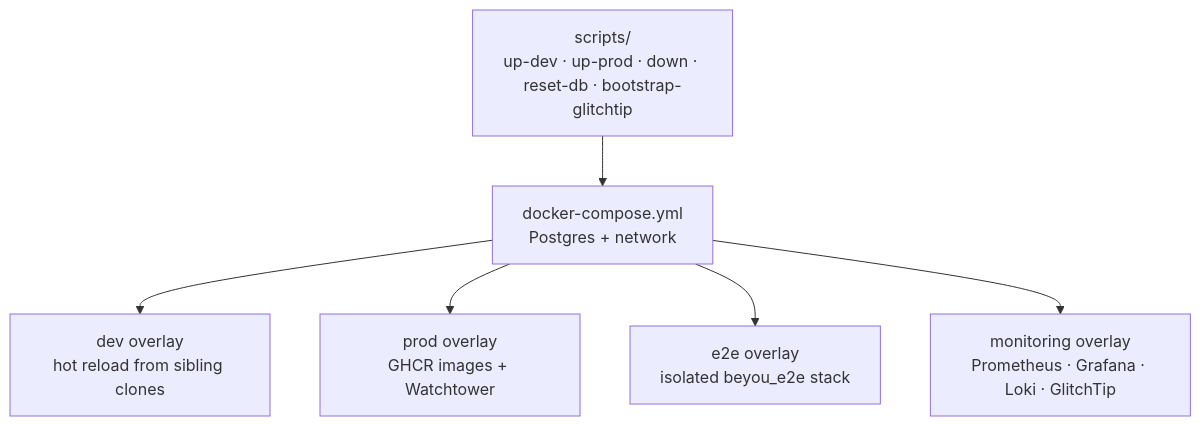
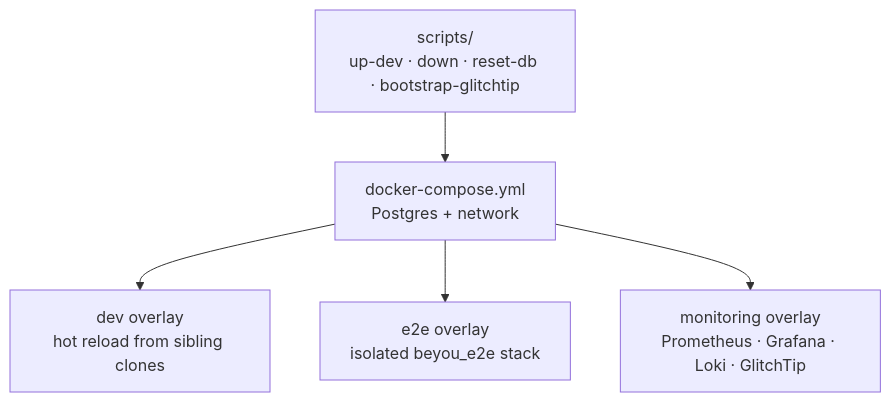
The diagram in projects/beyou-dev-env/diagram.mmd (AndDev741/Beyou-arch-design), drawn with Mermaid before and after one commit. The commit also changed 29 other files, not shown here.

```diff
--- a/projects/beyou-dev-env/diagram.mmd
+++ b/projects/beyou-dev-env/diagram.mmd
@@ -1,7 +1,6 @@
 flowchart TD
   BASE["docker-compose.yml<br/>Postgres + network"]
   BASE --> DEV["dev overlay<br/>hot reload from sibling clones"]
-  BASE --> PROD["prod overlay<br/>GHCR images + Watchtower"]
   BASE --> E2E["e2e overlay<br/>isolated beyou_e2e stack"]
   BASE --> MON["monitoring overlay<br/>Prometheus · Grafana · Loki · GlitchTip"]
-  SCRIPTS["scripts/<br/>up-dev · up-prod · down · reset-db · bootstrap-glitchtip"] --> BASE
+  SCRIPTS["scripts/<br/>up-dev · down · reset-db · bootstrap-glitchtip"] --> BASE
```
